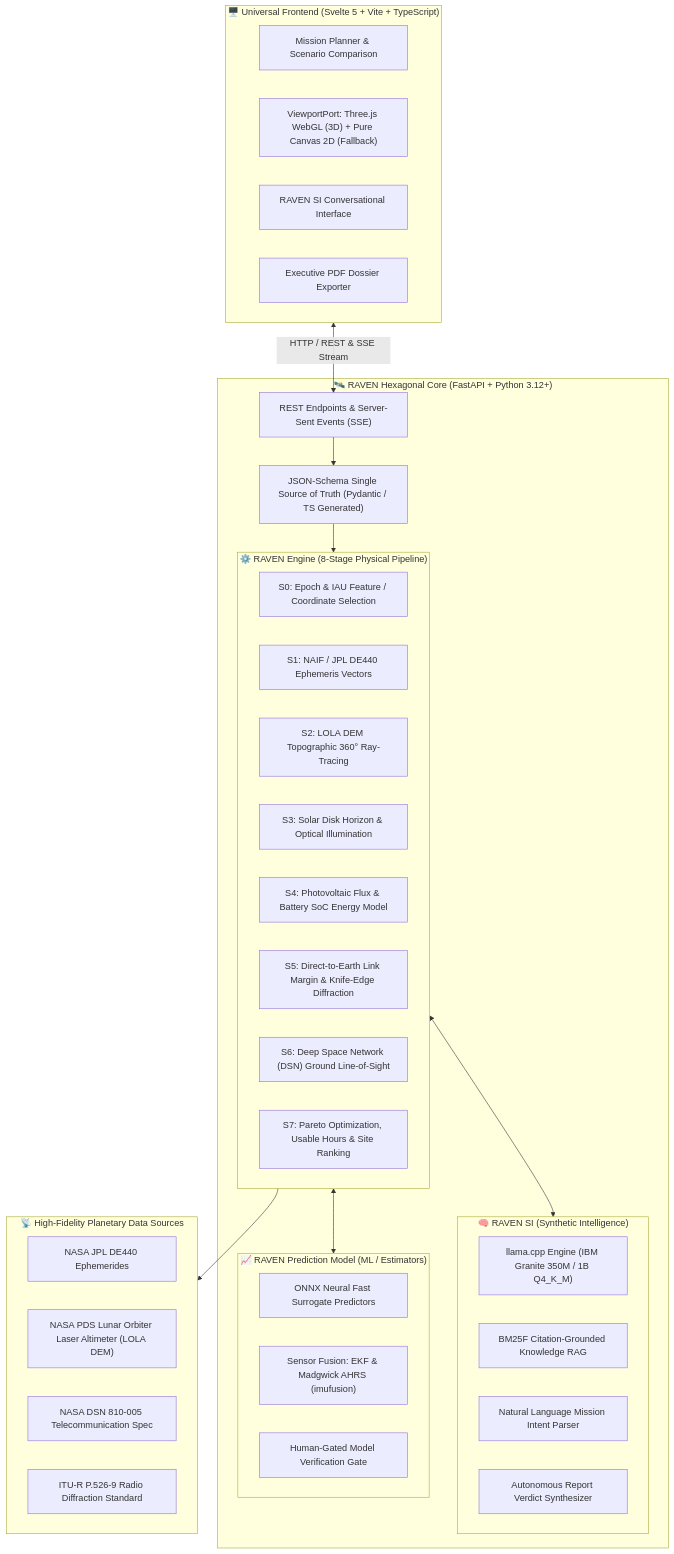
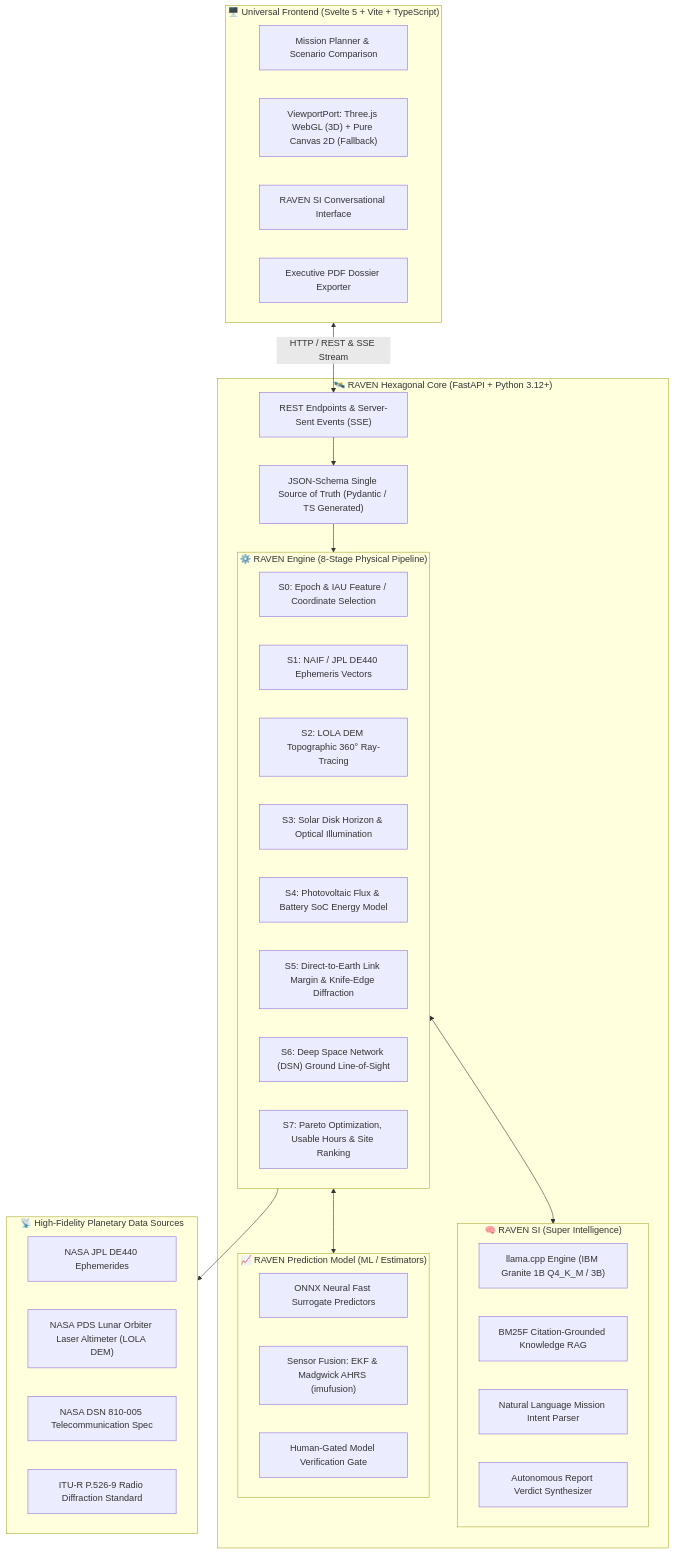
The first of 2 diagrams in README.md (AlePompeo/RAVEN), drawn with Mermaid before and after one commit. The commit also changed other lines of this file and 22 other files, not shown here.

````diff
--- a/README.md
+++ b/README.md
@@ -40,52 +40,52 @@
 ```mermaid
 flowchart TB
     subgraph Client["🖥️ Universal Frontend (Svelte 5 + Vite + TypeScript)"]
         UI["Mission Planner & Scenario Comparison"]
         VP["ViewportPort: Three.js WebGL (3D) + Pure Canvas 2D (Fallback)"]
         Chat["RAVEN SI Conversational Interface"]
         PDF["Executive PDF Dossier Exporter"]
     end
 
     subgraph CorePlatform["🛰️ RAVEN Hexagonal Core (FastAPI + Python 3.12+)"]
         API["REST Endpoints & Server-Sent Events (SSE)"]
         Contracts["JSON-Schema Single Source of Truth (Pydantic / TS Generated)"]
         
         subgraph Engine["⚙️ RAVEN Engine (8-Stage Physical Pipeline)"]
             S0["S0: Epoch & IAU Feature / Coordinate Selection"]
             S1["S1: NAIF / JPL DE440 Ephemeris Vectors"]
             S2["S2: LOLA DEM Topographic 360° Ray-Tracing"]
             S3["S3: Solar Disk Horizon & Optical Illumination"]
             S4["S4: Photovoltaic Flux & Battery SoC Energy Model"]
             S5["S5: Direct-to-Earth Link Margin & Knife-Edge Diffraction"]
             S6["S6: Deep Space Network (DSN) Ground Line-of-Sight"]
             S7["S7: Pareto Optimization, Usable Hours & Site Ranking"]
         end
 
-        subgraph SI["🧠 RAVEN SI (Synthetic Intelligence)"]
-            LocalLLM["llama.cpp Engine (IBM Granite 350M / 1B Q4_K_M)"]
+        subgraph SI["🧠 RAVEN SI (Super Intelligence)"]
+            LocalLLM["llama.cpp Engine (IBM Granite 1B Q4_K_M / 3B)"]
             RAG["BM25F Citation-Grounded Knowledge RAG"]
             Intent["Natural Language Mission Intent Parser"]
             Verdict["Autonomous Report Verdict Synthesizer"]
         end
 
         subgraph Prediction["📈 RAVEN Prediction Model (ML / Estimators)"]
             ONNX["ONNX Neural Fast Surrogate Predictors"]
             Fusion["Sensor Fusion: EKF & Madgwick AHRS (imufusion)"]
             Gate["Human-Gated Model Verification Gate"]
         end
     end
 
     subgraph DataSources["📡 High-Fidelity Planetary Data Sources"]
         JPL["NASA JPL DE440 Ephemerides"]
         LOLA["NASA PDS Lunar Orbiter Laser Altimeter (LOLA DEM)"]
         DSN_SPEC["NASA DSN 810-005 Telecommunication Spec"]
         ITU["ITU-R P.526-9 Radio Diffraction Standard"]
     end
 
     Client <-->|HTTP / REST & SSE Stream| API
     API --> Contracts
     Contracts --> Engine
     Engine --> DataSources
     Engine <--> SI
     Engine <--> Prediction
 ```
````
